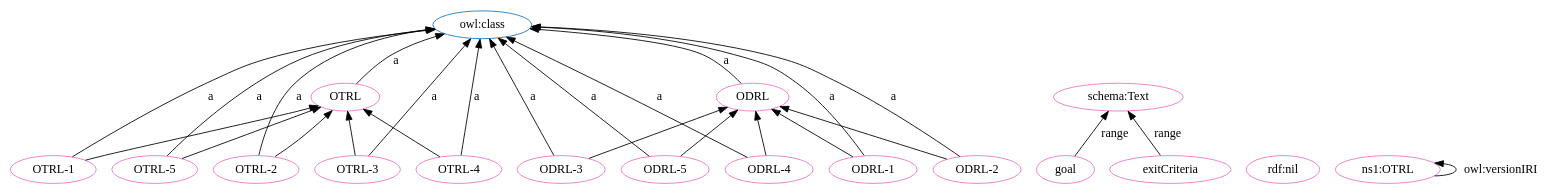
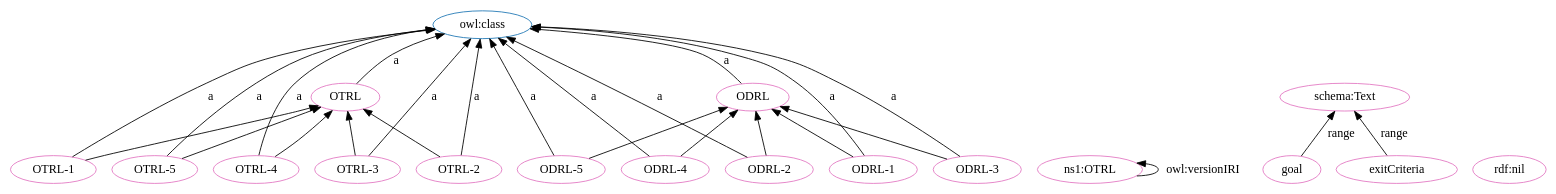
Before and after one commit to OPEN-NEXT/OKH-LOSH: the diagram in OTRL-clean.dot, drawn with Graphviz. The commit also changed other lines of this file and 15 other files, not shown here.

```diff
--- a/OTRL-clean.dot
+++ b/OTRL-clean.dot
@@ -1,49 +1,49 @@
 digraph G {
   rankdir=BT
   node[height=.3]
 "http://purl.org/oseg/ontologies/OTRL#OTRL" [fillcolor="#1f77b4" color="#1f77b4" label="OTRL"]
+"http://www.w3.org/2002/07/owl#class" [fillcolor="#1f77b4" color="#1f77b4" label="owl:class"]
 "http://purl.org/oseg/ontologies/OTRL#ODRL" [fillcolor="#1f77b4" color="#1f77b4" label="ODRL"]
-"http://www.w3.org/2002/07/owl#class" [fillcolor="#1f77b4" color="#1f77b4" label="owl:class"]
+"http://purl.org/oseg/ontologies/OTRL#ODRL" [fillcolor="#e377c2" color="#e377c2" label="ODRL"]
+"http://purl.org/oseg/ontologies/OTRL#ODRL-4" [fillcolor="#e377c2" color="#e377c2" label="ODRL-4"]
+"http://purl.org/oseg/ontologies/OTRL#OTRL-5" [fillcolor="#e377c2" color="#e377c2" label="OTRL-5"]
+"http://purl.org/oseg/ontologies/OTRL" [fillcolor="#e377c2" color="#e377c2" label="ns1:OTRL"]
+"http://purl.org/oseg/ontologies/OTRL#OTRL-1" [fillcolor="#e377c2" color="#e377c2" label="OTRL-1"]
+"http://purl.org/oseg/ontologies/OTRL#goal" [fillcolor="#e377c2" color="#e377c2" label="goal"]
 "http://purl.org/oseg/ontologies/OTRL#OTRL" [fillcolor="#e377c2" color="#e377c2" label="OTRL"]
-"http://purl.org/oseg/ontologies/OTRL#OTRL-5" [fillcolor="#e377c2" color="#e377c2" label="OTRL-5"]
-"http://purl.org/oseg/ontologies/OTRL#goal" [fillcolor="#e377c2" color="#e377c2" label="goal"]
-"http://purl.org/oseg/ontologies/OTRL#ODRL" [fillcolor="#e377c2" color="#e377c2" label="ODRL"]
-"http://www.w3.org/1999/02/22-rdf-syntax-ns#nil" [fillcolor="#e377c2" color="#e377c2" label="rdf:nil"]
-"http://purl.org/oseg/ontologies/OTRL#OTRL-1" [fillcolor="#e377c2" color="#e377c2" label="OTRL-1"]
-"http://purl.org/oseg/ontologies/OTRL#OTRL-2" [fillcolor="#e377c2" color="#e377c2" label="OTRL-2"]
-"http://purl.org/oseg/ontologies/OTRL#ODRL-5" [fillcolor="#e377c2" color="#e377c2" label="ODRL-5"]
 "http://schema.org/Text" [fillcolor="#e377c2" color="#e377c2" label="schema:Text"]
 "http://purl.org/oseg/ontologies/OTRL#OTRL-4" [fillcolor="#e377c2" color="#e377c2" label="OTRL-4"]
+"http://purl.org/oseg/ontologies/OTRL#ODRL-5" [fillcolor="#e377c2" color="#e377c2" label="ODRL-5"]
+"http://purl.org/oseg/ontologies/OTRL#ODRL-2" [fillcolor="#e377c2" color="#e377c2" label="ODRL-2"]
 "http://purl.org/oseg/ontologies/OTRL#ODRL-3" [fillcolor="#e377c2" color="#e377c2" label="ODRL-3"]
-"http://purl.org/oseg/ontologies/OTRL#ODRL-4" [fillcolor="#e377c2" color="#e377c2" label="ODRL-4"]
-"http://purl.org/oseg/ontologies/OTRL" [fillcolor="#e377c2" color="#e377c2" label="ns1:OTRL"]
-"http://purl.org/oseg/ontologies/OTRL#ODRL-2" [fillcolor="#e377c2" color="#e377c2" label="ODRL-2"]
+"http://www.w3.org/1999/02/22-rdf-syntax-ns#nil" [fillcolor="#e377c2" color="#e377c2" label="rdf:nil"]
+"http://purl.org/oseg/ontologies/OTRL#OTRL-2" [fillcolor="#e377c2" color="#e377c2" label="OTRL-2"]
+"http://purl.org/oseg/ontologies/OTRL#OTRL-3" [fillcolor="#e377c2" color="#e377c2" label="OTRL-3"]
+"http://purl.org/oseg/ontologies/OTRL#exitCriteria" [fillcolor="#e377c2" color="#e377c2" label="exitCriteria"]
 "http://purl.org/oseg/ontologies/OTRL#ODRL-1" [fillcolor="#e377c2" color="#e377c2" label="ODRL-1"]
-"http://purl.org/oseg/ontologies/OTRL#exitCriteria" [fillcolor="#e377c2" color="#e377c2" label="exitCriteria"]
-"http://purl.org/oseg/ontologies/OTRL#OTRL-3" [fillcolor="#e377c2" color="#e377c2" label="OTRL-3"]
-  "http://purl.org/oseg/ontologies/OTRL#OTRL-5" -> "http://www.w3.org/2002/07/owl#class" [label="a"]
-  "http://purl.org/oseg/ontologies/OTRL#OTRL-3" -> "http://purl.org/oseg/ontologies/OTRL#OTRL" [label=""]
-  "http://purl.org/oseg/ontologies/OTRL#OTRL-1" -> "http://www.w3.org/2002/07/owl#class" [label="a"]
+  "http://purl.org/oseg/ontologies/OTRL#ODRL-4" -> "http://www.w3.org/2002/07/owl#class" [label="a"]
+  "http://purl.org/oseg/ontologies/OTRL#OTRL-1" -> "http://purl.org/oseg/ontologies/OTRL#OTRL" [label=""]
+  "http://purl.org/oseg/ontologies/OTRL#OTRL-4" -> "http://www.w3.org/2002/07/owl#class" [label="a"]
+  "http://purl.org/oseg/ontologies/OTRL#ODRL-5" -> "http://www.w3.org/2002/07/owl#class" [label="a"]
+  "http://purl.org/oseg/ontologies/OTRL#ODRL-2" -> "http://www.w3.org/2002/07/owl#class" [label="a"]
+  "http://purl.org/oseg/ontologies/OTRL#OTRL" -> "http://www.w3.org/2002/07/owl#class" [label="a"]
   "http://purl.org/oseg/ontologies/OTRL#OTRL-2" -> "http://www.w3.org/2002/07/owl#class" [label="a"]
   "http://purl.org/oseg/ontologies/OTRL#goal" -> "http://schema.org/Text" [label="range"]
+  "http://purl.org/oseg/ontologies/OTRL#OTRL-5" -> "http://purl.org/oseg/ontologies/OTRL#OTRL" [label=""]
+  "http://purl.org/oseg/ontologies/OTRL#ODRL-3" -> "http://purl.org/oseg/ontologies/OTRL#ODRL" [label=""]
+  "http://purl.org/oseg/ontologies/OTRL#ODRL-1" -> "http://purl.org/oseg/ontologies/OTRL#ODRL" [label=""]
+  "http://purl.org/oseg/ontologies/OTRL#OTRL-5" -> "http://www.w3.org/2002/07/owl#class" [label="a"]
+  "http://purl.org/oseg/ontologies/OTRL#OTRL-1" -> "http://www.w3.org/2002/07/owl#class" [label="a"]
   "http://purl.org/oseg/ontologies/OTRL#exitCriteria" -> "http://schema.org/Text" [label="range"]
-  "http://purl.org/oseg/ontologies/OTRL#ODRL-2" -> "http://www.w3.org/2002/07/owl#class" [label="a"]
-  "http://purl.org/oseg/ontologies/OTRL#ODRL-1" -> "http://www.w3.org/2002/07/owl#class" [label="a"]
-  "http://purl.org/oseg/ontologies/OTRL#ODRL-2" -> "http://purl.org/oseg/ontologies/OTRL#ODRL" [label=""]
-  "http://purl.org/oseg/ontologies/OTRL#OTRL-1" -> "http://purl.org/oseg/ontologies/OTRL#OTRL" [label=""]
+  "http://purl.org/oseg/ontologies/OTRL#OTRL-4" -> "http://purl.org/oseg/ontologies/OTRL#OTRL" [label=""]
+  "http://purl.org/oseg/ontologies/OTRL#ODRL-3" -> "http://www.w3.org/2002/07/owl#class" [label="a"]
   "http://purl.org/oseg/ontologies/OTRL#ODRL" -> "http://www.w3.org/2002/07/owl#class" [label="a"]
-  "http://purl.org/oseg/ontologies/OTRL#ODRL-3" -> "http://purl.org/oseg/ontologies/OTRL#ODRL" [label=""]
-  "http://purl.org/oseg/ontologies/OTRL#OTRL-4" -> "http://purl.org/oseg/ontologies/OTRL#OTRL" [label=""]
-  "http://purl.org/oseg/ontologies/OTRL#OTRL" -> "http://www.w3.org/2002/07/owl#class" [label="a"]
-  "http://purl.org/oseg/ontologies/OTRL#ODRL-1" -> "http://purl.org/oseg/ontologies/OTRL#ODRL" [label=""]
-  "http://purl.org/oseg/ontologies/OTRL#ODRL-5" -> "http://www.w3.org/2002/07/owl#class" [label="a"]
+  "http://purl.org/oseg/ontologies/OTRL#ODRL-4" -> "http://purl.org/oseg/ontologies/OTRL#ODRL" [label=""]
+  "http://purl.org/oseg/ontologies/OTRL#OTRL-3" -> "http://www.w3.org/2002/07/owl#class" [label="a"]
   "http://purl.org/oseg/ontologies/OTRL#OTRL-2" -> "http://purl.org/oseg/ontologies/OTRL#OTRL" [label=""]
   "http://purl.org/oseg/ontologies/OTRL#ODRL-5" -> "http://purl.org/oseg/ontologies/OTRL#ODRL" [label=""]
-  "http://purl.org/oseg/ontologies/OTRL#OTRL-5" -> "http://purl.org/oseg/ontologies/OTRL#OTRL" [label=""]
-  "http://purl.org/oseg/ontologies/OTRL#OTRL-4" -> "http://www.w3.org/2002/07/owl#class" [label="a"]
-  "http://purl.org/oseg/ontologies/OTRL#ODRL-3" -> "http://www.w3.org/2002/07/owl#class" [label="a"]
-  "http://purl.org/oseg/ontologies/OTRL#ODRL-4" -> "http://www.w3.org/2002/07/owl#class" [label="a"]
-  "http://purl.org/oseg/ontologies/OTRL#ODRL-4" -> "http://purl.org/oseg/ontologies/OTRL#ODRL" [label=""]
+  "http://purl.org/oseg/ontologies/OTRL#OTRL-3" -> "http://purl.org/oseg/ontologies/OTRL#OTRL" [label=""]
   "http://purl.org/oseg/ontologies/OTRL" -> "http://purl.org/oseg/ontologies/OTRL" [label="owl:versionIRI"]
-  "http://purl.org/oseg/ontologies/OTRL#OTRL-3" -> "http://www.w3.org/2002/07/owl#class" [label="a"]
+  "http://purl.org/oseg/ontologies/OTRL#ODRL-2" -> "http://purl.org/oseg/ontologies/OTRL#ODRL" [label=""]
+  "http://purl.org/oseg/ontologies/OTRL#ODRL-1" -> "http://www.w3.org/2002/07/owl#class" [label="a"]
 }
```
